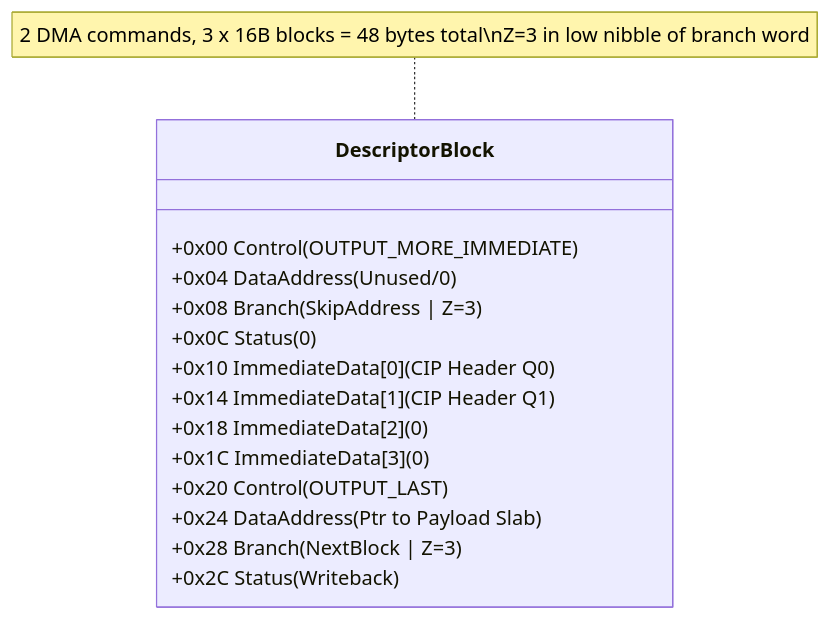
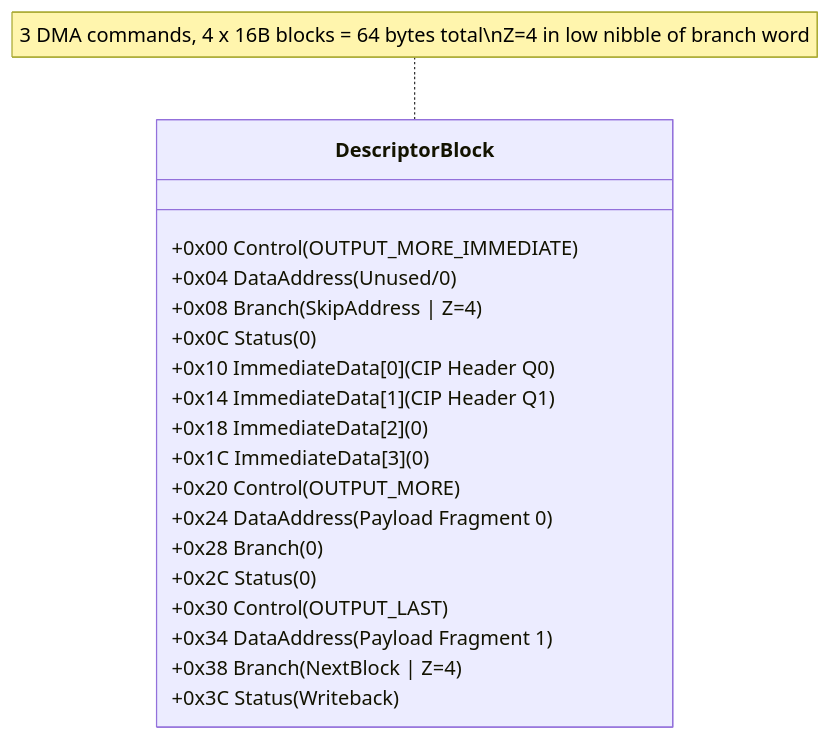
One commit to mrmidi/ASFireWire changed the fourth of 4 diagrams in ASFWDriver/Isoch/README.md. Above: the diagram before and after it, drawn with Mermaid. The commit also changed other lines of this file and 10 other files, not shown here.

````diff
--- a/ASFWDriver/Isoch/README.md
+++ b/ASFWDriver/Isoch/README.md
@@ -231,18 +231,22 @@
 ```mermaid
 classDiagram
     class DescriptorBlock {
         +0x00 Control (OUTPUT_MORE_IMMEDIATE)
         +0x04 DataAddress (Unused/0)
-        +0x08 Branch (SkipAddress | Z=3)
+        +0x08 Branch (SkipAddress | Z=4)
         +0x0C Status (0)
         +0x10 ImmediateData[0] (CIP Header Q0)
         +0x14 ImmediateData[1] (CIP Header Q1)
         +0x18 ImmediateData[2] (0)
         +0x1C ImmediateData[3] (0)
-        +0x20 Control (OUTPUT_LAST)
-        +0x24 DataAddress (Ptr to Payload Slab)
-        +0x28 Branch (NextBlock | Z=3)
-        +0x2C Status (Writeback)
+        +0x20 Control (OUTPUT_MORE)
+        +0x24 DataAddress (Payload Fragment 0)
+        +0x28 Branch (0)
+        +0x2C Status (0)
+        +0x30 Control (OUTPUT_LAST)
+        +0x34 DataAddress (Payload Fragment 1)
+        +0x38 Branch (NextBlock | Z=4)
+        +0x3C Status (Writeback)
     }
-    note for DescriptorBlock "2 DMA commands, 3 x 16B blocks = 48 bytes total\nZ=3 in low nibble of branch word"
+    note for DescriptorBlock "3 DMA commands, 4 x 16B blocks = 64 bytes total\nZ=4 in low nibble of branch word"
 ```
````
